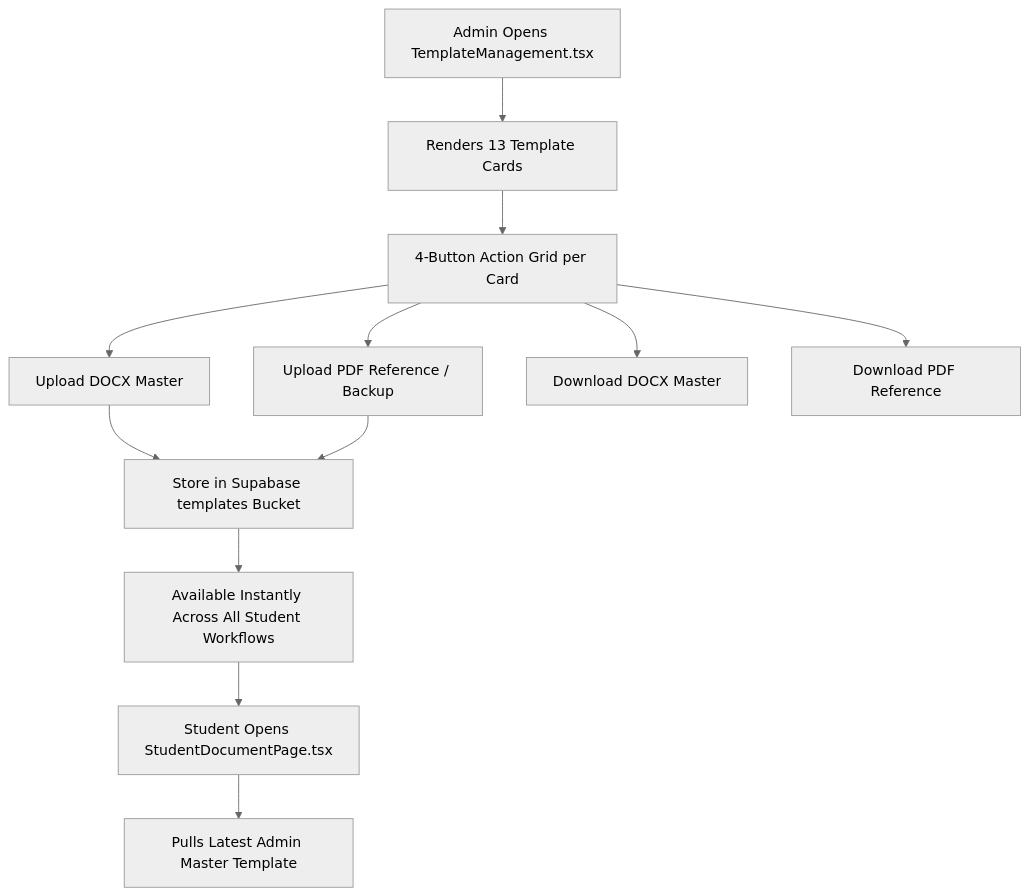
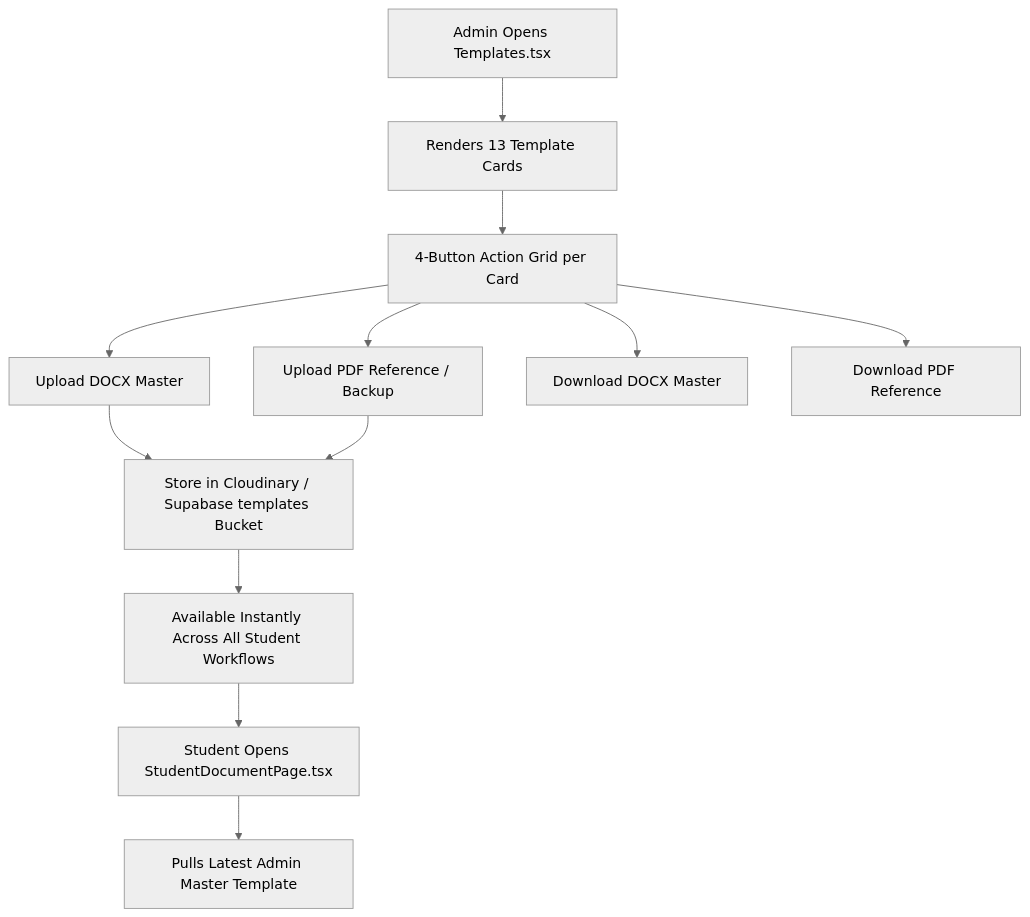
Before and after one commit to s5condlast-cmd/Capstone-2-Official-CloudHosting: the diagram in docs/features/06_ADMIN_MANAGEMENT.md, drawn with Mermaid (neutral theme). The commit also changed other lines of this file and 22 other files, not shown here.

````diff
--- a/docs/features/06_ADMIN_MANAGEMENT.md
+++ b/docs/features/06_ADMIN_MANAGEMENT.md
@@ -19,14 +38,14 @@
 ```mermaid
 graph TD
-    A[Admin Opens TemplateManagement.tsx] --> B[Renders 13 Template Cards]
+    A[Admin Opens Templates.tsx] --> B[Renders 13 Template Cards]
     B --> C[4-Button Action Grid per Card]
     C --> D[Upload DOCX Master]
     C --> E[Upload PDF Reference / Backup]
     C --> F[Download DOCX Master]
     C --> G[Download PDF Reference]
-    D --> H[Store in Supabase templates Bucket]
+    D --> H[Store in Cloudinary / Supabase templates Bucket]
     E --> H
     H --> I[Available Instantly Across All Student Workflows]
     I --> J[Student Opens StudentDocumentPage.tsx]
     J --> K[Pulls Latest Admin Master Template]
 ```
````
